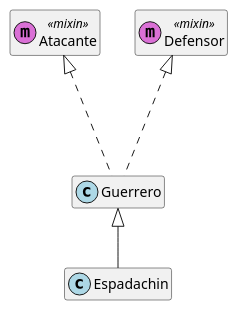
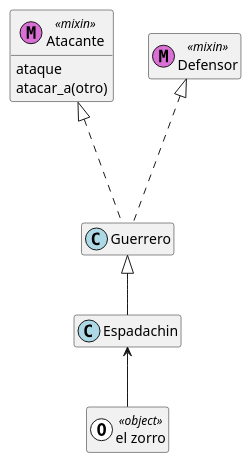
Before and after one commit to unq-objetos3-alumnos/graficador-ruby: the diagram in diagrama_ejemplo.puml, drawn with PlantUML. The commit also changed 1 other file, not shown here.

```diff
--- a/diagrama_ejemplo.puml
+++ b/diagrama_ejemplo.puml
@@ -1,11 +1,15 @@
 @startuml
-  hide members
+  hide empty members
   set namespaceseparator none
-  class "Espadachin" << (c, lightblue) >>
-  class "Guerrero" << (c, lightblue) >>
-  class "Atacante" << (m, orchid) mixin >>
-  class "Defensor" << (m, orchid) mixin >>
+  class "Espadachin" << (C, lightblue) >>
+  class "Guerrero" << (C, lightblue) >>
+  class "Atacante" << (M, orchid) mixin >>
+  "Atacante" : {method} ataque
+  "Atacante" : {method} atacar_a(otro)
+  class "Defensor" << (M, orchid) mixin >>
   "Defensor" <|-.- "Guerrero"
   "Atacante" <|-.- "Guerrero"
   "Guerrero" <|-- "Espadachin"
+  class "el zorro" << (O, white) object >>
+  "Espadachin" <-- "el zorro"
 @enduml
```
